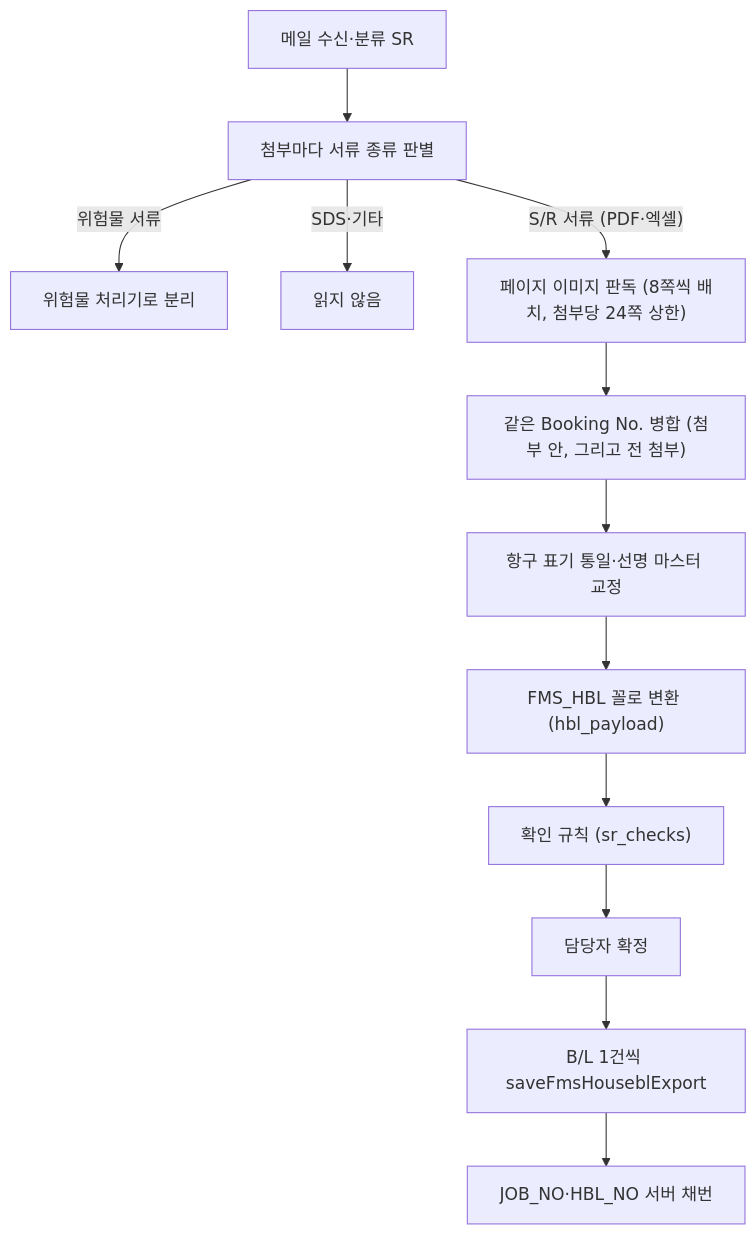
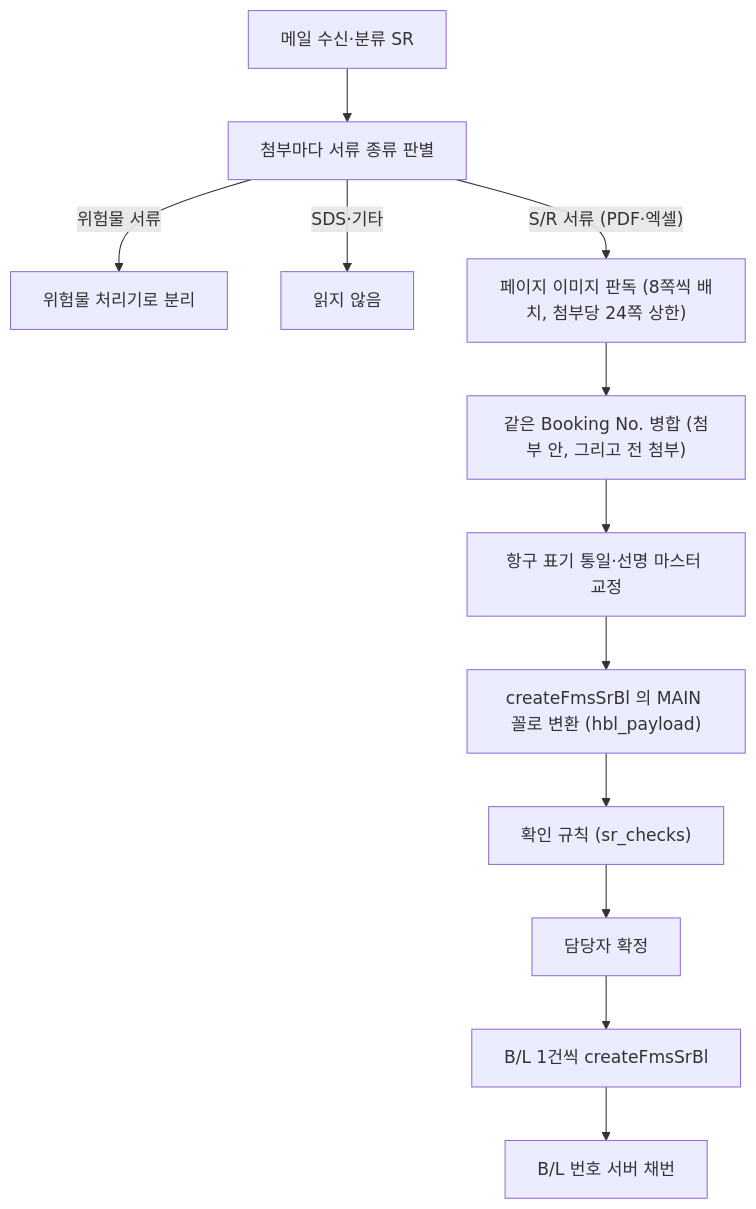
The first of 2 diagrams in docs/dev/sr_hbl_spec.md (SinokorOfficial/jp-mail-docs), drawn with Mermaid before and after one commit. The commit also changed other lines of this file and 5 other files, not shown here.

First line of the commit message:
S/R 명세를 유로지 B/L 생성 API(createFmsSrBl) 기준으로 다시 쓰고, 한국어 6개 페이지 문장을 손봄

````diff
--- a/docs/dev/sr_hbl_spec.md
+++ b/docs/dev/sr_hbl_spec.md
@@ -14,14 +14,14 @@
 ```mermaid
 flowchart TD
   A["메일 수신·분류 SR"] --> B["첨부마다 서류 종류 판별"]
   B -->|"위험물 서류"| C["위험물 처리기로 분리"]
   B -->|"SDS·기타"| D["읽지 않음"]
   B -->|"S/R 서류 (PDF·엑셀)"| E["페이지 이미지 판독 (8쪽씩 배치, 첨부당 24쪽 상한)"]
   E --> F["같은 Booking No. 병합 (첨부 안, 그리고 전 첨부)"]
   F --> G["항구 표기 통일·선명 마스터 교정"]
-  G --> H["FMS_HBL 꼴로 변환 (hbl_payload)"]
+  G --> H["createFmsSrBl 의 MAIN 꼴로 변환 (hbl_payload)"]
   H --> I["확인 규칙 (sr_checks)"]
   I --> J["담당자 확정"]
-  J --> K["B/L 1건씩 saveFmsHouseblExport"]
-  K --> L["JOB_NO·HBL_NO 서버 채번"]
+  J --> K["B/L 1건씩 createFmsSrBl"]
+  K --> L["B/L 번호 서버 채번"]
 ```
````
